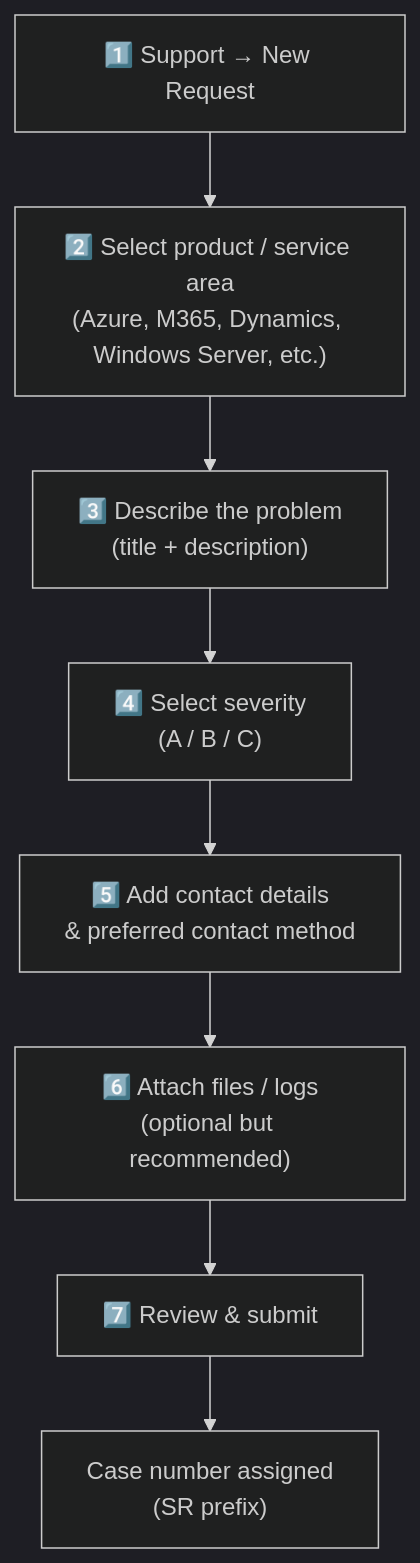
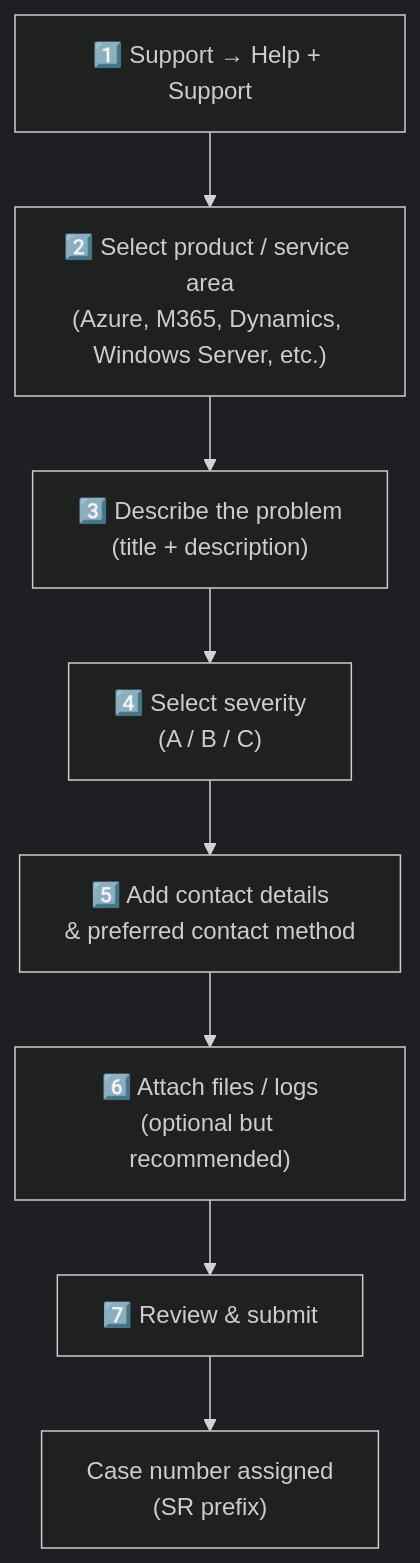
One commit to marcogrimaldi29/engage-center-notes changed the second of 3 diagrams in 02-support-requests.md. Above: the diagram before and after it, drawn with Mermaid. The commit also changed other lines of this file and 7 other files, not shown here.

````diff
--- a/02-support-requests.md
+++ b/02-support-requests.md
@@ -81,14 +81,14 @@
 ```mermaid
 %%{init: {"theme":"dark"}}%%
 flowchart TD
-    S1["1️⃣ Support → New Request"]
+    S1["1️⃣ Support → Help + Support"]
     S2["2️⃣ Select product / service area\n(Azure, M365, Dynamics, Windows Server, etc.)"]
     S3["3️⃣ Describe the problem\n(title + description)"]
     S4["4️⃣ Select severity\n(A / B / C)"]
     S5["5️⃣ Add contact details\n& preferred contact method"]
     S6["6️⃣ Attach files / logs\n(optional but recommended)"]
     S7["7️⃣ Review & submit"]
     S8["Case number assigned\n(SR prefix)"]
 
     S1 --> S2 --> S3 --> S4 --> S5 --> S6 --> S7 --> S8
 ```
````
